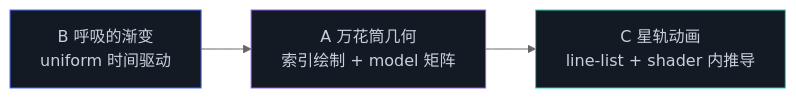
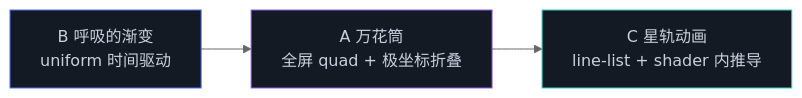
One commit to onlyLucky/LLM_Wiki changed the diagram in learning/前端/webgpu/homework/day1/README.md. Above: the diagram before and after it, drawn with Mermaid (neutral theme). The commit also changed other lines of this file and 62 other files, not shown here.

````diff
--- a/learning/前端/webgpu/homework/day1/README.md
+++ b/learning/前端/webgpu/homework/day1/README.md
@@ -15,7 +15,7 @@
 ```mermaid
 flowchart LR
-    B["B 呼吸的渐变<br/>uniform 时间驱动"] --> A["A 万花筒几何<br/>索引绘制 + model 矩阵"] --> C["C 星轨动画<br/>line-list + shader 内推导"]
+    B["B 呼吸的渐变<br/>uniform 时间驱动"] --> A["A 万花筒<br/>全屏 quad + 极坐标折叠"] --> C["C 星轨动画<br/>line-list + shader 内推导"]
     style B fill:#141a24,stroke:#4c6fff,color:#c8d0de
     style A fill:#141a24,stroke:#8b5cf6,color:#c8d0de
     style C fill:#141a24,stroke:#2dd4bf,color:#c8d0de
 ```
````
